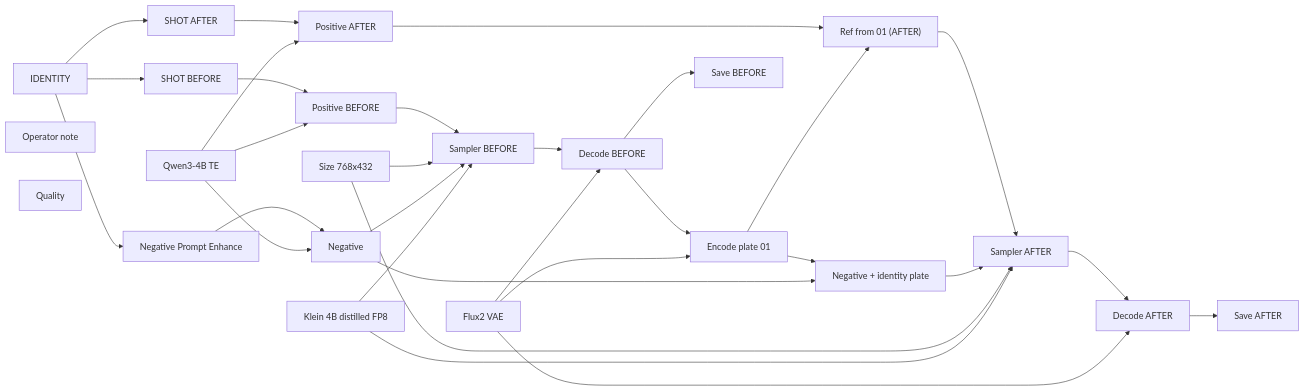
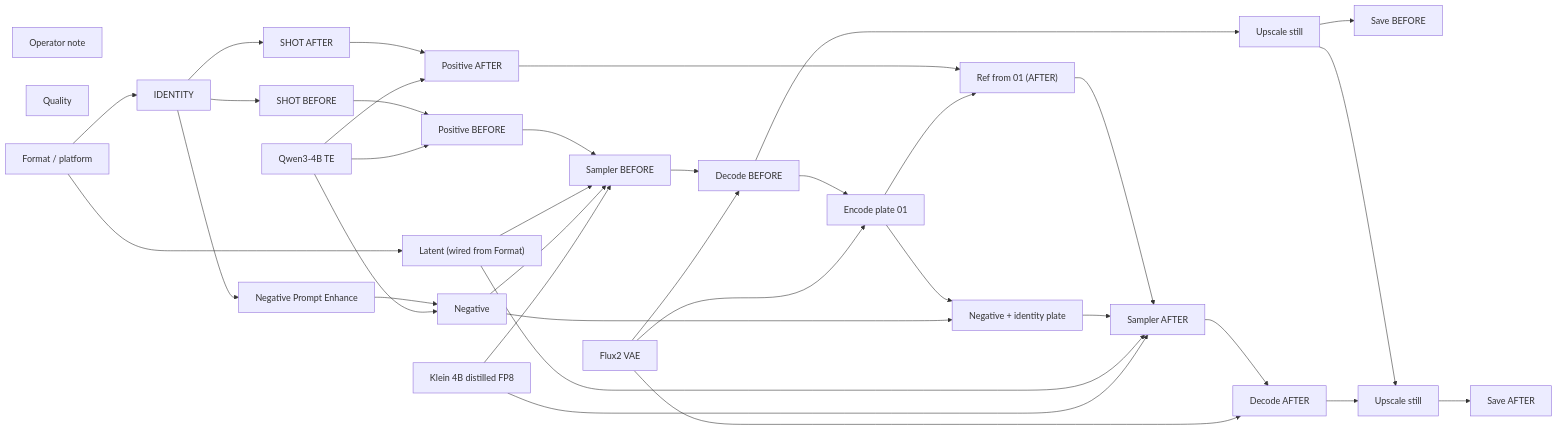
Before and after one commit to toxicoder/ez-comfy-stack: the diagram in docs/generated/workflows/stills/before-after.md, drawn with Mermaid. The commit also changed other lines of this file and 405 other files, not shown here.

First line of the commit message:
feat: add still upscale, describe-in-enhance, and background-swap App

````diff
--- a/docs/generated/workflows/stills/before-after.md
+++ b/docs/generated/workflows/stills/before-after.md
@@ -49,54 +51,62 @@
 ```mermaid
 flowchart LR
   N1["Klein 4B distilled FP8"]
   N2["Qwen3-4B TE"]
   N3["Flux2 VAE"]
   N4["IDENTITY"]
   N5["Negative"]
-  N6["Size 768x432"]
+  N6["Latent (wired from Format)"]
   N7["Operator note"]
   N8["Encode plate 01"]
   N9["Negative + identity plate"]
   N10["SHOT BEFORE"]
   N11["Positive BEFORE"]
   N12["Sampler BEFORE"]
   N13["Decode BEFORE"]
   N14["Save BEFORE"]
   N16["SHOT AFTER"]
   N17["Positive AFTER"]
   N18["Sampler AFTER"]
   N19["Decode AFTER"]
   N20["Save AFTER"]
   N21["Ref from 01 (AFTER)"]
   N22["Negative Prompt Enhance"]
   N23["Quality"]
+  N24["Format / platform"]
+  N25["Upscale still"]
+  N26["Upscale still"]
   N1 --> N12
   N1 --> N18
   N2 --> N5
   N2 --> N11
   N2 --> N17
   N3 --> N8
   N3 --> N13
   N3 --> N19
   N4 --> N10
   N4 --> N16
   N4 --> N22
   N5 --> N9
   N5 --> N12
   N6 --> N12
   N6 --> N18
   N8 --> N9
   N8 --> N21
   N9 --> N18
   N10 --> N11
   N11 --> N12
   N12 --> N13
-  N13 --> N14
   N13 --> N8
+  N13 --> N25
   N16 --> N17
   N17 --> N21
   N18 --> N19
-  N19 --> N20
+  N19 --> N26
   N21 --> N18
   N22 --> N5
+  N24 --> N6
+  N24 --> N4
+  N25 --> N14
+  N25 --> N26
+  N26 --> N20
 ```
````
